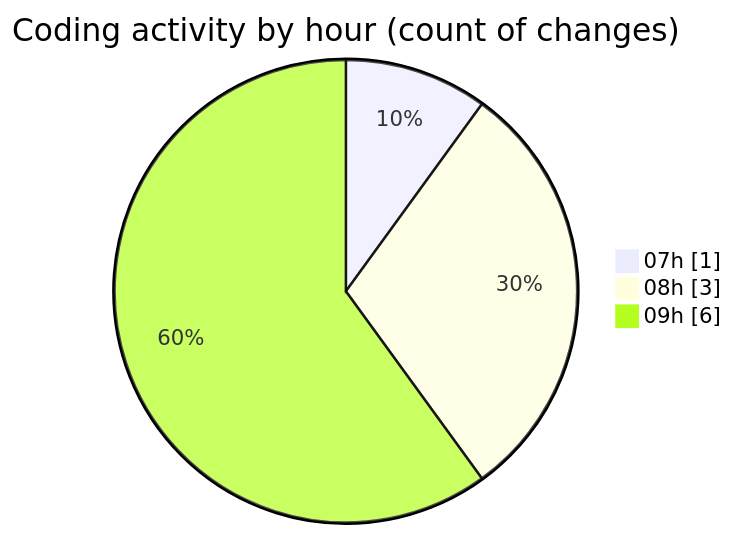
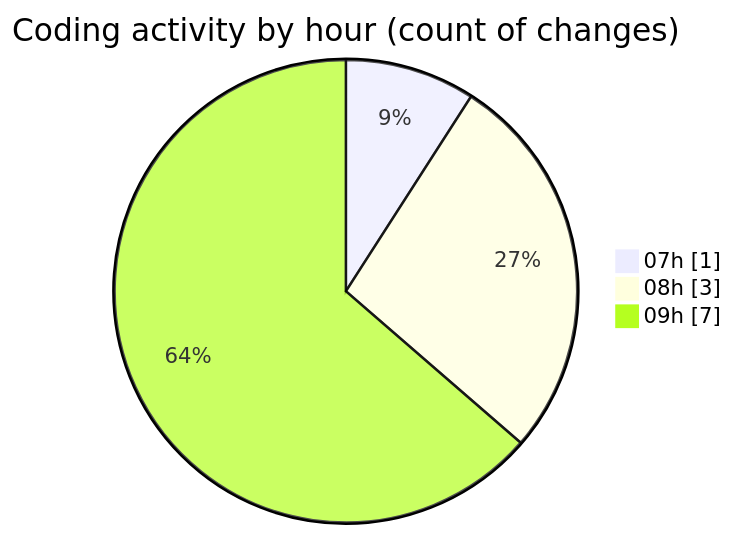
The second of 2 diagrams in 2026-02-02/singularitybrainai/README.md (tmsrecording-cyber/code-tracking), drawn with Mermaid before and after one commit. The commit also changed other lines of this file and 1 other file, not shown here.

````diff
--- a/2026-02-02/singularitybrainai/README.md
+++ b/2026-02-02/singularitybrainai/README.md
@@ -28,7 +28,7 @@
 ```mermaid
 pie showData
 title Coding activity by hour (count of changes)
 "07h" : 1
 "08h" : 3
-"09h" : 6
+"09h" : 7
 ```
````
